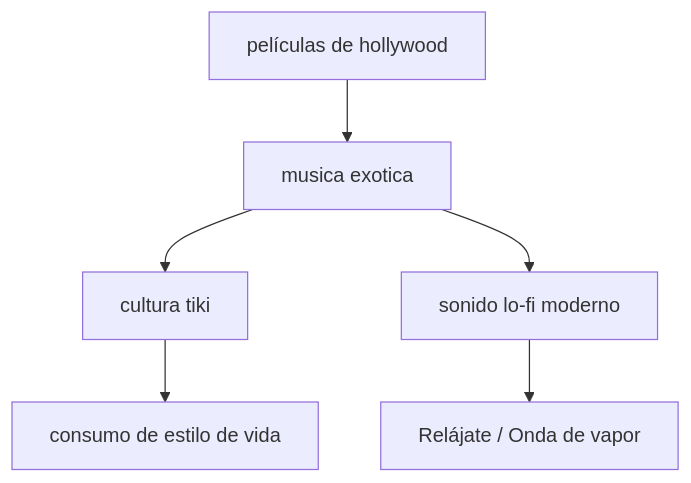
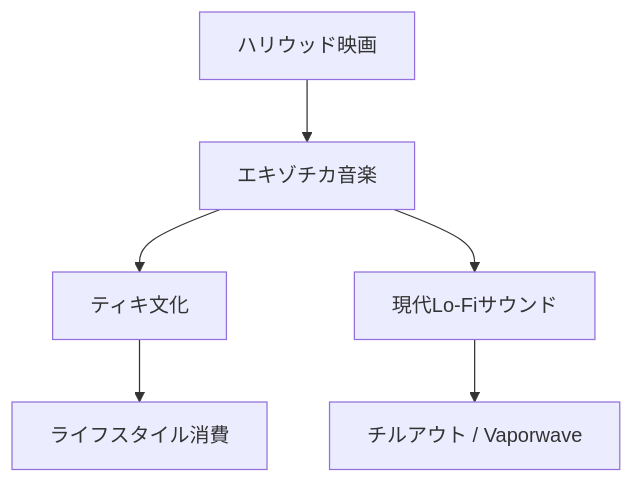
One commit to monumental-movement/monumental-movement.github.io changed the second of 2 diagrams in es/_posts/2025-11-02-column-korla-pandit.md. Above: the diagram before and after it, drawn with Mermaid. The commit also changed other lines of this file and 299 other files, not shown here.

```diff
--- a/es/_posts/2025-11-02-column-korla-pandit.md
+++ b/es/_posts/2025-11-02-column-korla-pandit.md
@@ -183,10 +183,10 @@
 <div class="mermaid">
 
 graph TD
-    A[películas de hollywood] --> B[musica exotica]
-    B --> C[cultura tiki]
-    C --> D[consumo de estilo de vida]
-    B --> E[sonido lo-fi moderno]
-    E --> F[Relájate / Onda de vapor]
+    A[ハリウッド映画] --> B[エキゾチカ音楽]
+    B --> C[ティキ文化]
+    C --> D[ライフスタイル消費]
+    B --> E[現代Lo-Fiサウンド]
+    E --> F[チルアウト / Vaporwave]
 
 </div>
```
